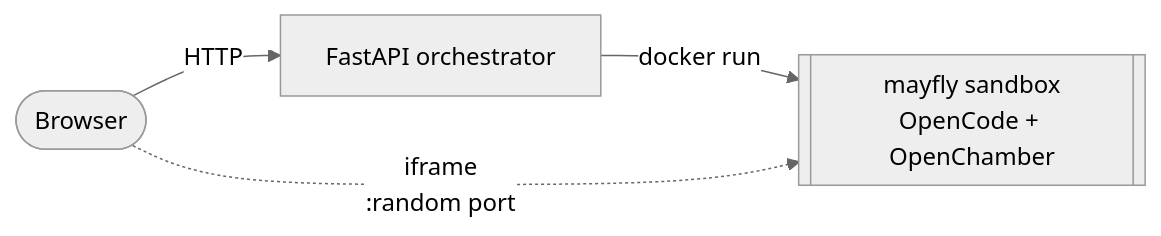
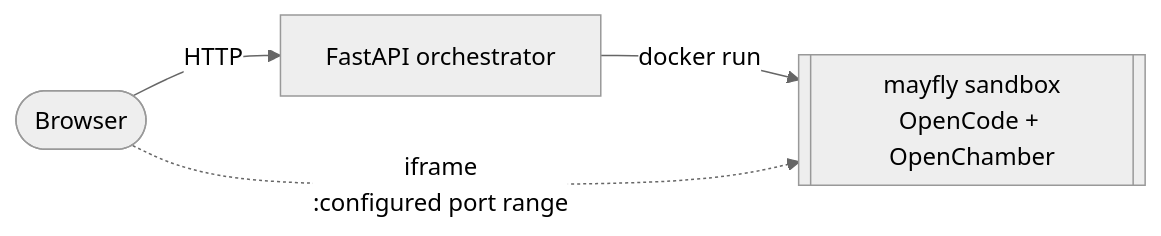
One commit to Th3R3alDuk3/Mayfly changed the diagram in README.md. Above: the diagram before and after it, drawn with Mermaid (neutral theme). The commit also changed other lines of this file and 7 other files, not shown here.

````diff
--- a/README.md
+++ b/README.md
@@ -19,6 +19,6 @@
 ```mermaid
 flowchart LR
   B([Browser]) -- HTTP --> A[FastAPI orchestrator]
   A -- docker run --> M[[mayfly sandbox<br/>OpenCode + OpenChamber]]
-  B -. iframe<br/>:random port .-> M
+  B -. iframe<br/>:configured port range .-> M
 ```
````
